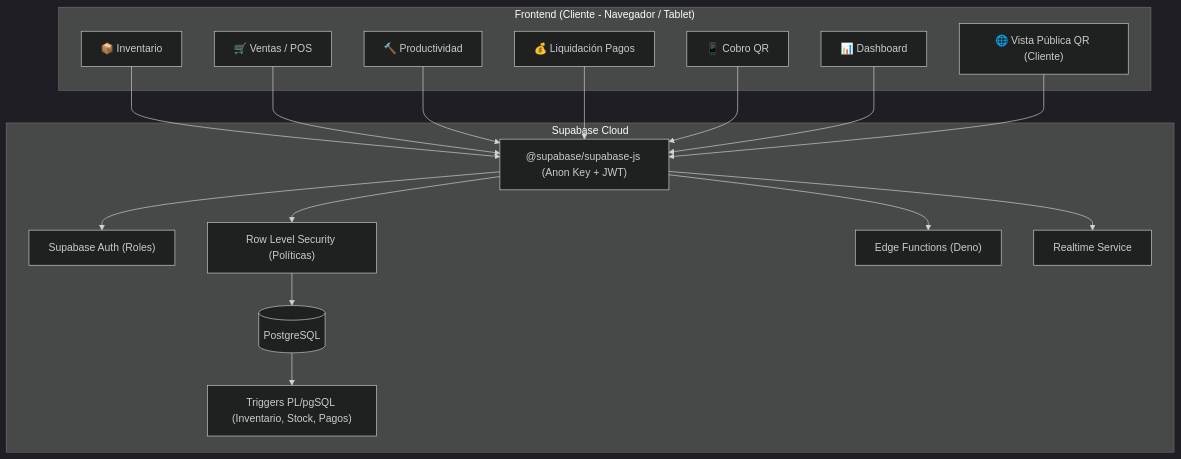
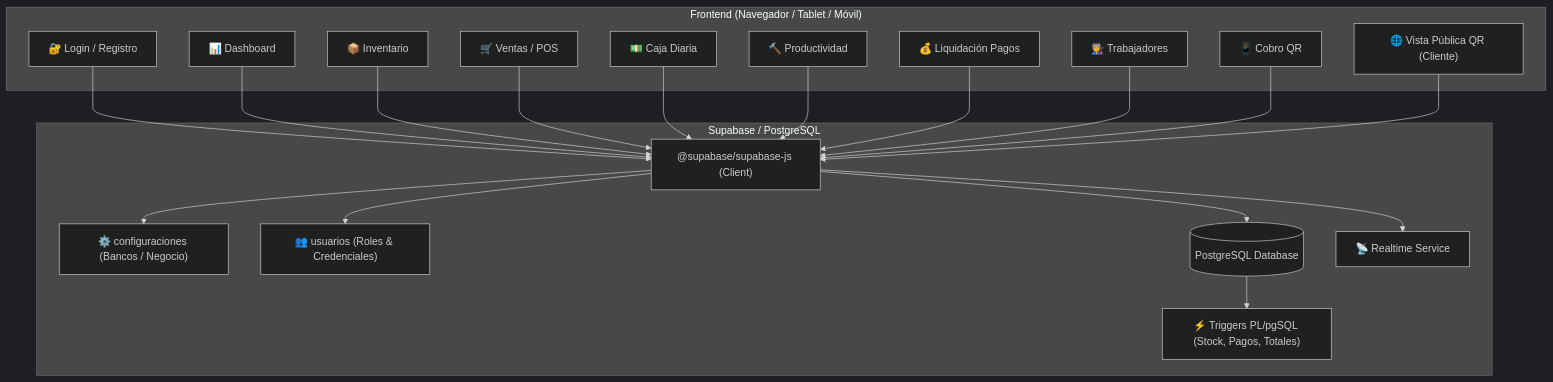
The first of 3 diagrams in README.md (derlyh/talabartapp), drawn with Mermaid (dark theme) before and after one commit. The commit also changed other lines of this file and 24 other files, not shown here.

````diff
--- a/README.md
+++ b/README.md
@@ -76,31 +135,32 @@
 ```mermaid
 graph TB
-    subgraph "Frontend (Cliente - Navegador / Tablet)"
+    subgraph "Frontend (Navegador / Tablet / Móvil)"
+        UI_AUTH["🔐 Login / Registro"]
+        UI_DASH["📊 Dashboard"]
         UI_INV["📦 Inventario"]
         UI_POS["🛒 Ventas / POS"]
+        UI_CAJA["💵 Caja Diaria"]
         UI_PROD["🔨 Productividad"]
         UI_PAGOS["💰 Liquidación Pagos"]
+        UI_TRAB["🧑‍🏭 Trabajadores"]
         UI_QR["📱 Cobro QR"]
-        UI_DASH["📊 Dashboard"]
         QR_PUB["🌐 Vista Pública QR (Cliente)"]
     end
 
-    subgraph "Supabase Cloud"
-        SDK["@supabase/supabase-js (Anon Key + JWT)"]
-        AUTH["Supabase Auth (Roles)"]
-        RLS["Row Level Security (Políticas)"]
-        PG[(PostgreSQL)]
-        TRIG["Triggers PL/pgSQL (Inventario, Stock, Pagos)"]
-        EDGE["Edge Functions (Deno)"]
-        RT["Realtime Service"]
+    subgraph "Supabase / PostgreSQL"
+        SDK["@supabase/supabase-js (Client)"]
+        CONF["⚙️ configuraciones (Bancos / Negocio)"]
+        USR["👥 usuarios (Roles & Credenciales)"]
+        PG[(PostgreSQL Database)]
+        TRIG["⚡ Triggers PL/pgSQL (Stock, Pagos, Totales)"]
+        RT["📡 Realtime Service"]
     end
 
-    UI_INV & UI_POS & UI_PROD & UI_PAGOS & UI_QR & UI_DASH --> SDK
+    UI_AUTH & UI_DASH & UI_INV & UI_POS & UI_CAJA & UI_PROD & UI_PAGOS & UI_TRAB & UI_QR --> SDK
     QR_PUB --> SDK
-    SDK --> AUTH
-    SDK --> RLS
-    RLS --> PG
+    SDK --> USR
+    SDK --> CONF
+    SDK --> PG
     PG --> TRIG
     SDK --> RT
-    SDK --> EDGE
 ```
````
